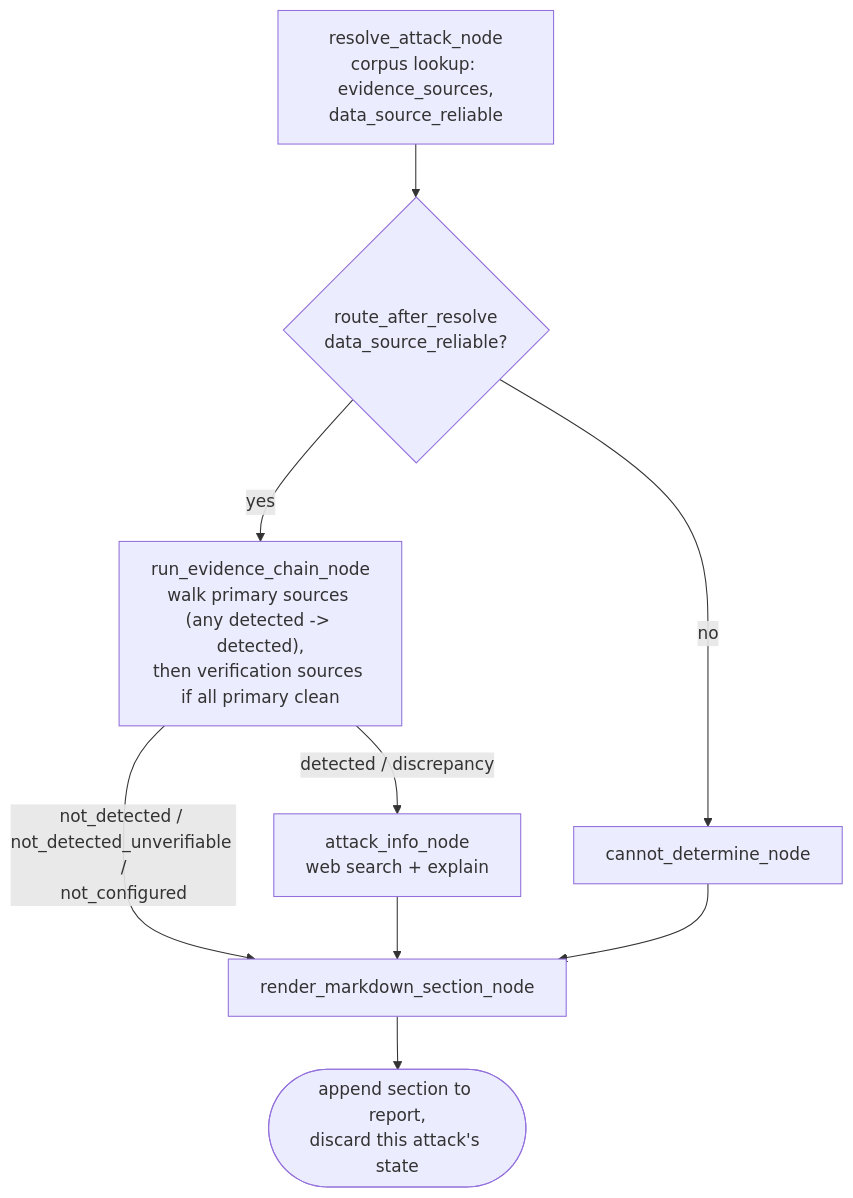
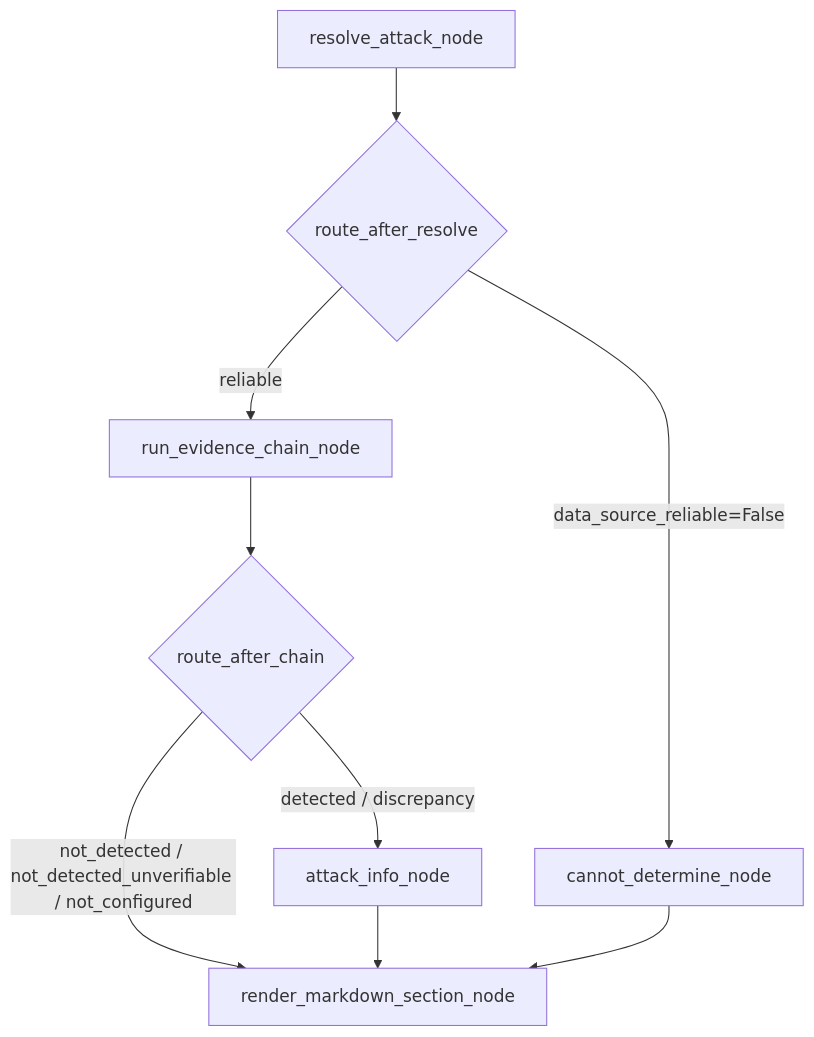
Before and after one commit to Vignesh-ViggyPiggy/cybersec_agent_with_langgraph_2: the second of 3 diagrams in DOCUMENTATION.md, drawn with Mermaid. The commit also changed other lines of this file and 7 other files, not shown here.

````diff
--- a/DOCUMENTATION.md
+++ b/DOCUMENTATION.md
@@ -105,11 +98,11 @@
 ```mermaid
 flowchart TD
-    resolve["resolve_attack_node\ncorpus lookup: evidence_sources,\ndata_source_reliable"] --> routeR{"route_after_resolve\ndata_source_reliable?"}
-    routeR -->|"no"| cannot_determine["cannot_determine_node"]
-    routeR -->|"yes"| chain["run_evidence_chain_node\nwalk primary sources (any detected -> detected),\nthen verification sources if all primary clean"]
-    chain -->|"detected / discrepancy"| attack_info["attack_info_node\nweb search + explain"]
-    chain -->|"not_detected / not_detected_unverifiable /\nnot_configured"| render["render_markdown_section_node"]
-    attack_info --> render
-    cannot_determine --> render
-    render --> done(["append section to report,\ndiscard this attack's state"])
+    R[resolve_attack_node] --> route1{route_after_resolve}
+    route1 -->|"data_source_reliable=False"| CD[cannot_determine_node]
+    route1 -->|"reliable"| EC[run_evidence_chain_node]
+    EC --> route2{route_after_chain}
+    route2 -->|"detected / discrepancy"| AI[attack_info_node]
+    route2 -->|"not_detected / not_detected_unverifiable / not_configured"| RM[render_markdown_section_node]
+    AI --> RM
+    CD --> RM
 ```
````
